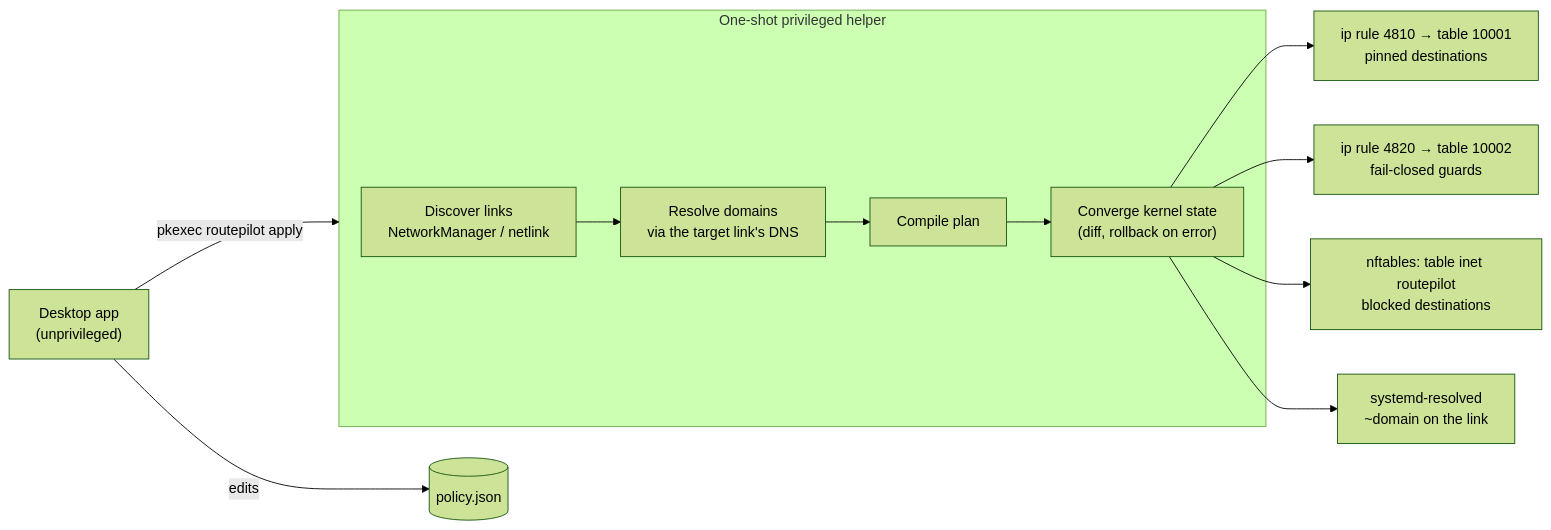
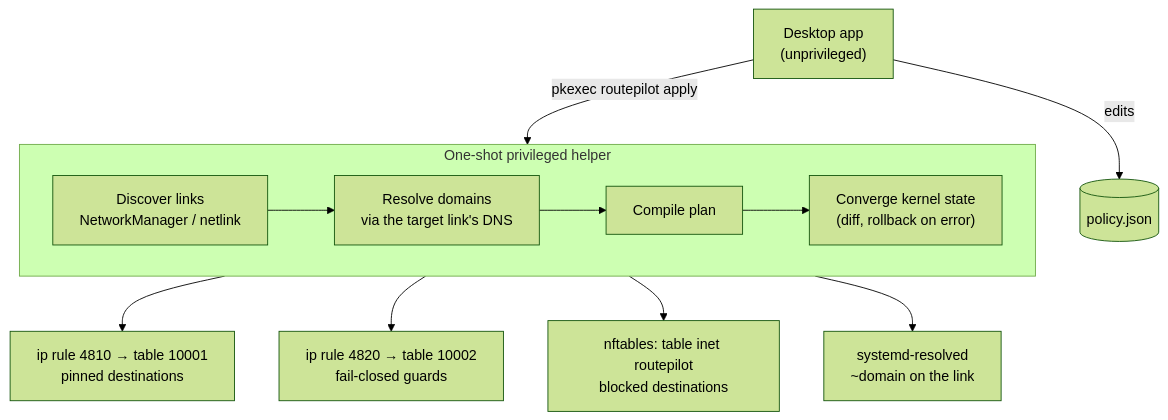
One commit to pedramkhademi619/routepilot changed the diagram in README.md. Above: the diagram before and after it, drawn with Mermaid (forest theme).

Commit message:
docs: lay out the architecture diagram top-down for readability

````diff
--- a/README.md
+++ b/README.md
@@ -144,13 +144,14 @@
 ```mermaid
-flowchart LR
+flowchart TB
     GUI["Desktop app<br/>(unprivileged)"] -- edits --> P[(policy.json)]
     GUI -- "pkexec routepilot apply" --> A
     subgraph A["One-shot privileged helper"]
+        direction LR
         D["Discover links<br/>NetworkManager / netlink"] --> R["Resolve domains<br/>via the target link's DNS"]
         R --> C["Compile plan"] --> K["Converge kernel state<br/>(diff, rollback on error)"]
     end
     K --> T1["ip rule 4810 → table 10001<br/>pinned destinations"]
     K --> T2["ip rule 4820 → table 10002<br/>fail-closed guards"]
     K --> N["nftables: table inet routepilot<br/>blocked destinations"]
     K --> S["systemd-resolved<br/>~domain on the link"]
 ```
````
